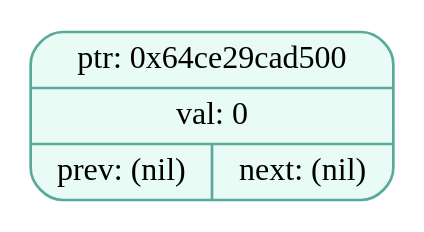
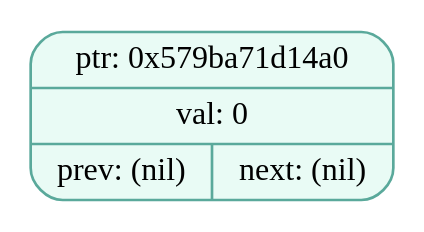
One commit to EvilTomato9890/Difference changed the diagram in dumps/tree_dump_005.dot. Above: the diagram before and after it, drawn with Graphviz. The commit also changed 30 other files, not shown here.

```diff
--- a/dumps/tree_dump_005.dot
+++ b/dumps/tree_dump_005.dot
@@ -1,5 +1,5 @@
 digraph T{
   node [fontname="Fira Mono",shape=record,style="filled,rounded",fontsize=12];
   graph [splines=true, nodesep=0.6, ranksep=0.6];
-  node_0x64ce29cad500[shape=record,label="{ {ptr: 0x64ce29cad500} | {val: 0} | { prev: (nil) | next: (nil) } }",color="#5aa99b",fillcolor="#e9fbf5"];
+  node_0x579ba71d14a0[shape=record,label="{ {ptr: 0x579ba71d14a0} | {val: 0} | { prev: (nil) | next: (nil) } }",color="#5aa99b",fillcolor="#e9fbf5"];
 }
```
